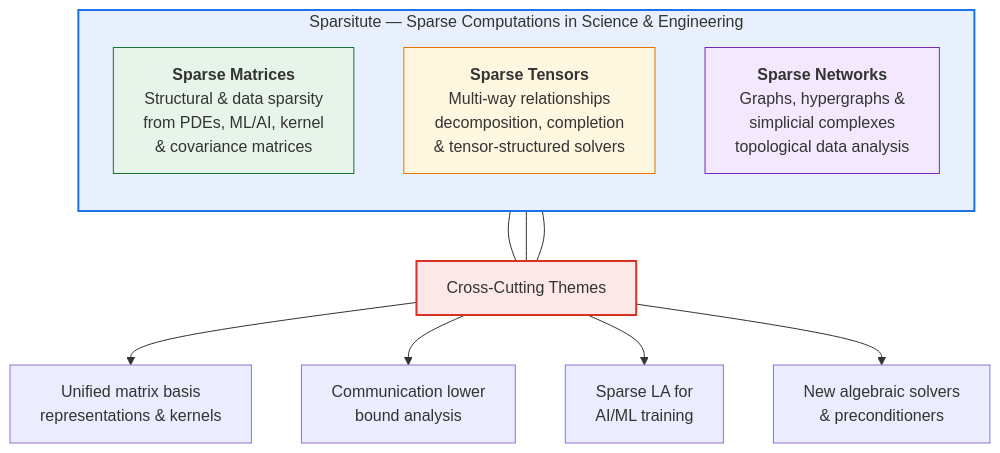
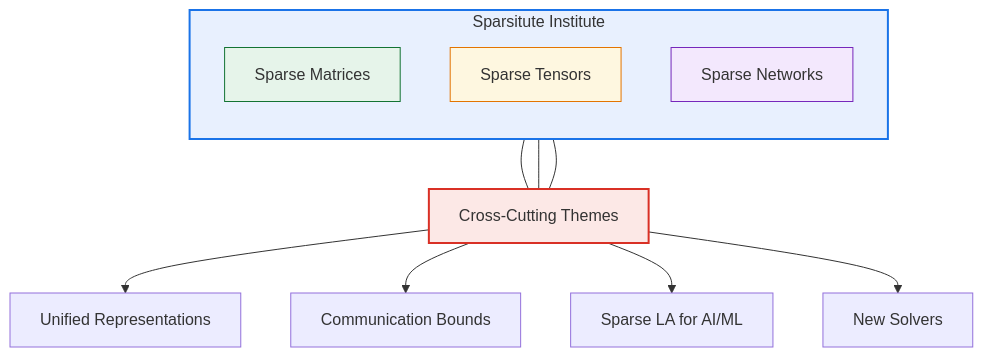
One commit to piyush314/piyush314.github.io changed the diagram in _projects/1_sparsitute.md. Above: the diagram before and after it, drawn with Mermaid. The commit also changed 5 other files, not shown here.

First line of the commit message:
fix: simplify mermaid labels to plain text for rendering

````diff
--- a/_projects/1_sparsitute.md
+++ b/_projects/1_sparsitute.md
@@ -22,25 +22,24 @@
 ```mermaid
 graph TB
-    subgraph Sparsitute["Sparsitute — Sparse Computations in Science & Engineering"]
+    subgraph Sparsitute["Sparsitute Institute"]
         direction TB
-
-        SM["<b>Sparse Matrices</b><br/>Structural & data sparsity<br/>from PDEs, ML/AI, kernel<br/>& covariance matrices"]
-        ST["<b>Sparse Tensors</b><br/>Multi-way relationships<br/>decomposition, completion<br/>& tensor-structured solvers"]
-        SN["<b>Sparse Networks</b><br/>Graphs, hypergraphs &<br/>simplicial complexes<br/>topological data analysis"]
+        SM[Sparse Matrices]
+        ST[Sparse Tensors]
+        SN[Sparse Networks]
     end
 
-    SM --- XC["Cross-Cutting Themes"]
+    SM --- XC[Cross-Cutting Themes]
     ST --- XC
     SN --- XC
 
-    XC --> U1["Unified matrix basis<br/>representations & kernels"]
-    XC --> U2["Communication lower<br/>bound analysis"]
-    XC --> U3["Sparse LA for<br/>AI/ML training"]
-    XC --> U4["New algebraic solvers<br/>& preconditioners"]
+    XC --> U1[Unified Representations]
+    XC --> U2[Communication Bounds]
+    XC --> U3[Sparse LA for AI/ML]
+    XC --> U4[New Solvers]
 
     style Sparsitute fill:#e8f0fe,stroke:#1a73e8,stroke-width:2px
     style XC fill:#fce8e6,stroke:#d93025,stroke-width:2px
     style SM fill:#e6f4ea,stroke:#137333
     style ST fill:#fef7e0,stroke:#e37400
     style SN fill:#f3e8fd,stroke:#7627bb
 ```
````
